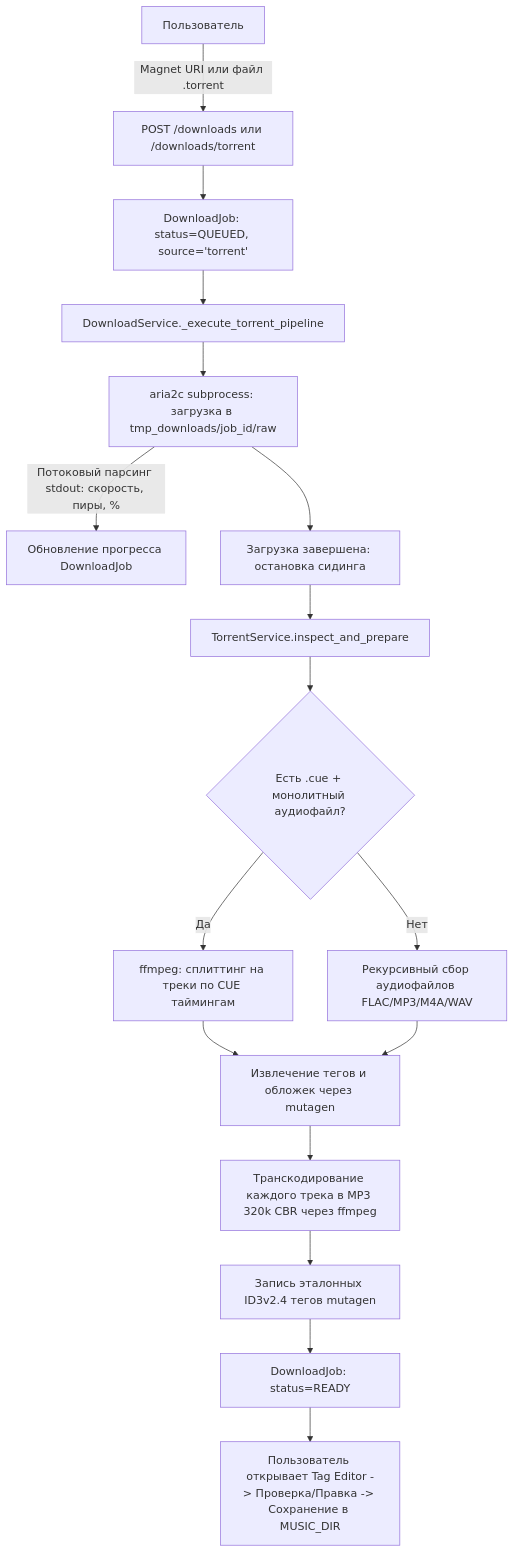
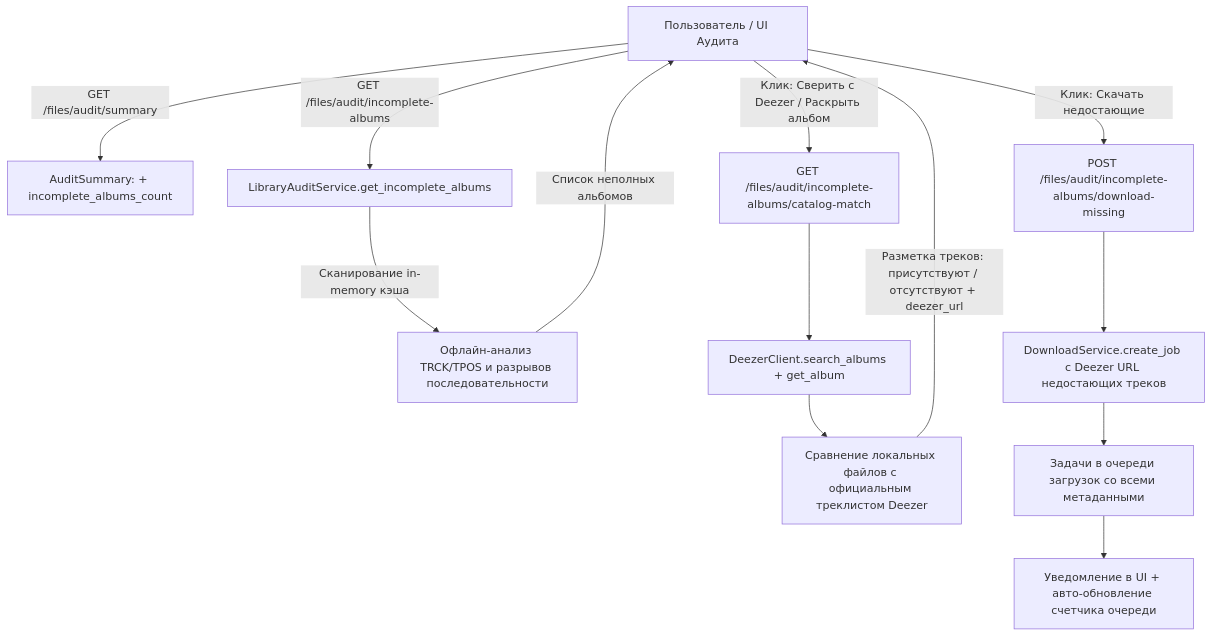
The diagram in plan.md (kex1tu/music_service), drawn with Mermaid before and after one commit. The commit also changed other lines of this file and 10 other files, not shown here.

````diff
--- a/plan.md
+++ b/plan.md
@@ -74,19 +70,17 @@
 ```mermaid
 flowchart TD
-    A[Пользователь] -->|Magnet URI или файл .torrent| B[POST /downloads или /downloads/torrent]
-    B --> C[DownloadJob: status=QUEUED, source='torrent']
-    C --> D[DownloadService._execute_torrent_pipeline]
-    D --> E[aria2c subprocess: загрузка в tmp_downloads/job_id/raw]
-    E -->|Потоковый парсинг stdout: скорость, пиры, %| F[Обновление прогресса DownloadJob]
-    E --> G[Загрузка завершена: остановка сидинга]
-    G --> H[TorrentService.inspect_and_prepare]
-    H --> I{Есть .cue + монолитный аудиофайл?}
-    I -->|Да| J[ffmpeg: сплиттинг на треки по CUE таймингам]
-    I -->|Нет| K[Рекурсивный сбор аудиофайлов FLAC/MP3/M4A/WAV]
-    J --> L[Извлечение тегов и обложек через mutagen]
-    K --> L
-    L --> M[Транскодирование каждого трека в MP3 320k CBR через ffmpeg]
-    M --> N[Запись эталонных ID3v2.4 тегов mutagen]
-    N --> O[DownloadJob: status=READY]
-    O --> P[Пользователь открывает Tag Editor -> Проверка/Правка -> Сохранение в MUSIC_DIR]
+    A[Пользователь / UI Аудита] -->|GET /files/audit/summary| B[AuditSummary: + incomplete_albums_count]
+    A -->|GET /files/audit/incomplete-albums| C[LibraryAuditService.get_incomplete_albums]
+    C -->|Сканирование in-memory кэша| D[Офлайн-анализ TRCK/TPOS и разрывов последовательности]
+    D -->|Список неполных альбомов| A
+
+    A -->|Клик: Сверить с Deezer / Раскрыть альбом| E[GET /files/audit/incomplete-albums/catalog-match]
+    E --> F[DeezerClient.search_albums + get_album]
+    F --> G[Сравнение локальных файлов с официальным треклистом Deezer]
+    G -->|Разметка треков: присутствуют / отсутствуют + deezer_url| A
+
+    A -->|Клик: Скачать недостающие| H[POST /files/audit/incomplete-albums/download-missing]
+    H --> I[DownloadService.create_job с Deezer URL недостающих треков]
+    I --> J[Задачи в очереди загрузок со всеми метаданными]
+    J --> K[Уведомление в UI + авто-обновление счетчика очереди]
 ```
````
